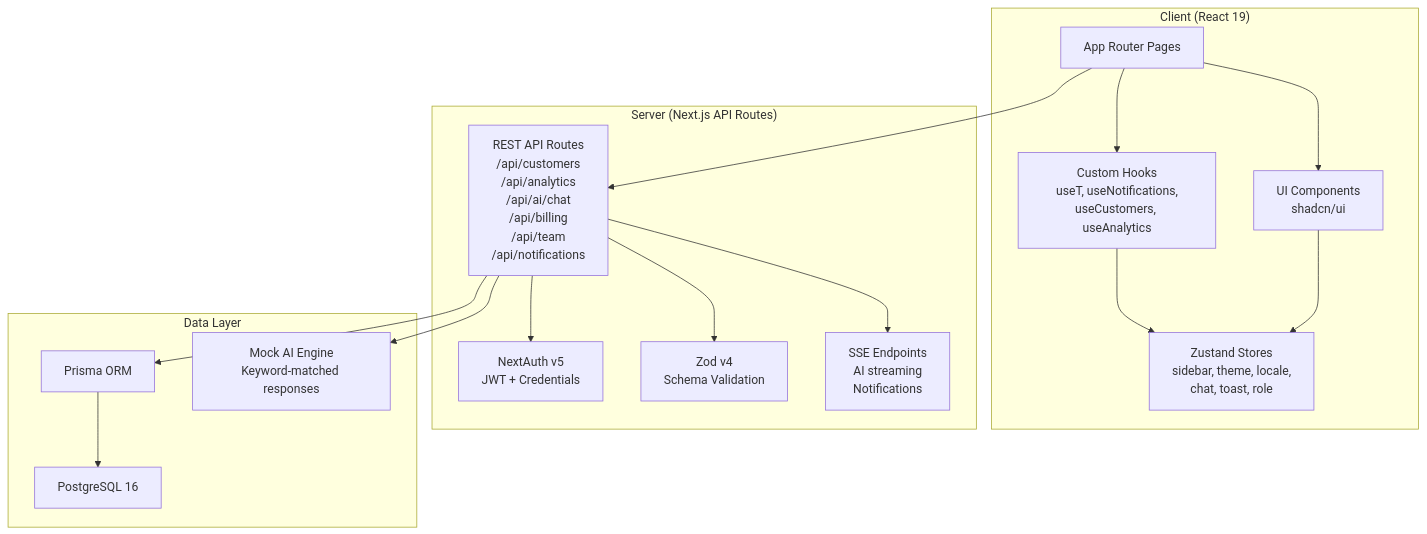
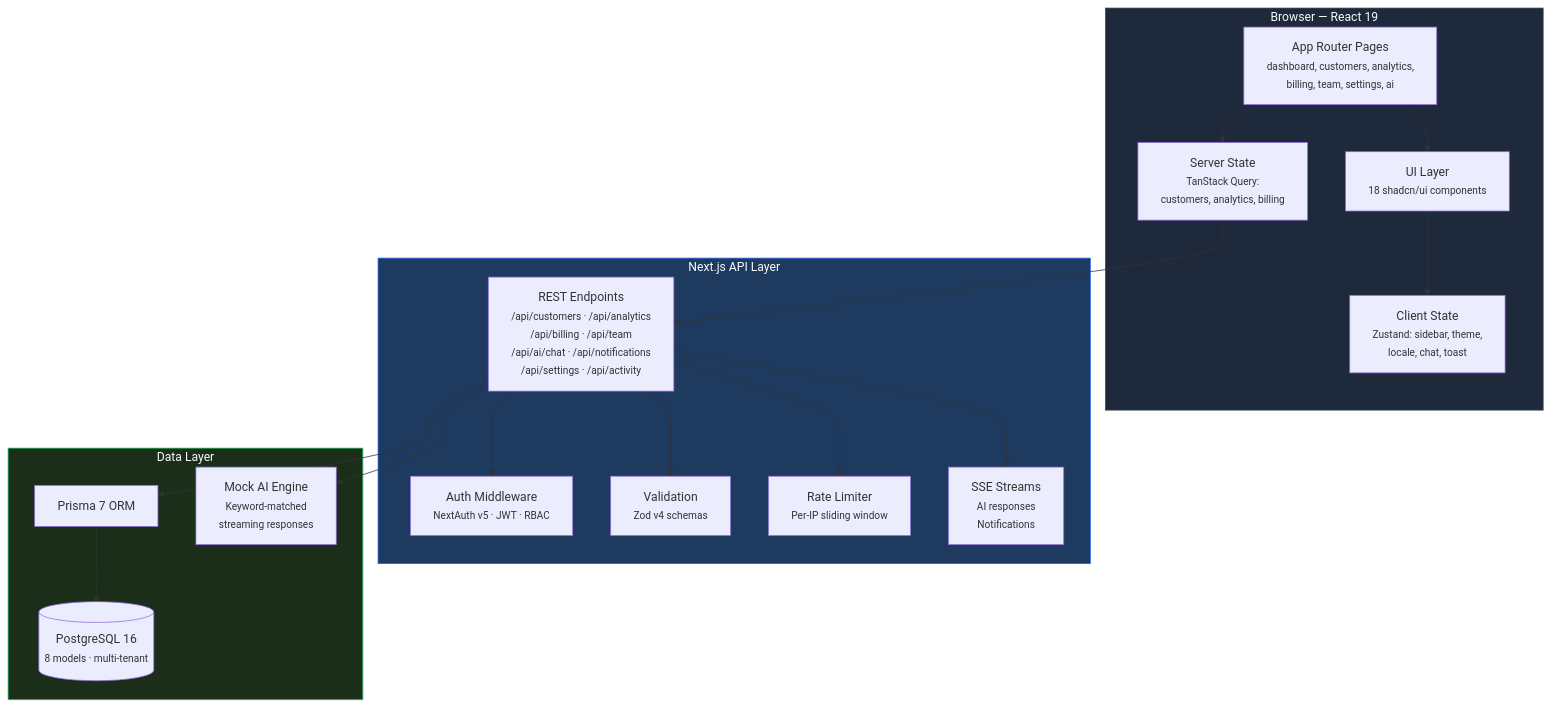
One commit to mer-prog/nexus-ai changed the first of 2 diagrams in README.md. Above: the diagram before and after it, drawn with Mermaid. The commit also changed other lines of this file and 1 other file, not shown here.

````diff
--- a/README.md
+++ b/README.md
@@ -45,34 +81,39 @@
 ```mermaid
 graph TB
-    subgraph Client["Client (React 19)"]
-        Pages["App Router Pages"]
-        Components["UI Components<br/>shadcn/ui"]
-        Stores["Zustand Stores<br/>sidebar, theme, locale,<br/>chat, toast, role"]
-        Hooks["Custom Hooks<br/>useT, useNotifications,<br/>useCustomers, useAnalytics"]
+    subgraph Client["Browser — React 19"]
+        Pages["App Router Pages<br/><small>dashboard, customers, analytics,<br/>billing, team, settings, ai</small>"]
+        UI["UI Layer<br/><small>18 shadcn/ui components</small>"]
+        State["Client State<br/><small>Zustand: sidebar, theme,<br/>locale, chat, toast</small>"]
+        ServerState["Server State<br/><small>TanStack Query:<br/>customers, analytics, billing</small>"]
     end
 
-    subgraph Server["Server (Next.js API Routes)"]
-        APIRoutes["REST API Routes<br/>/api/customers<br/>/api/analytics<br/>/api/ai/chat<br/>/api/billing<br/>/api/team<br/>/api/notifications"]
-        Auth["NextAuth v5<br/>JWT + Credentials"]
-        Validation["Zod v4<br/>Schema Validation"]
-        SSE["SSE Endpoints<br/>AI streaming<br/>Notifications"]
+    subgraph API["Next.js API Layer"]
+        Routes["REST Endpoints<br/><small>/api/customers · /api/analytics<br/>/api/billing · /api/team<br/>/api/ai/chat · /api/notifications<br/>/api/settings · /api/activity</small>"]
+        Auth["Auth Middleware<br/><small>NextAuth v5 · JWT · RBAC</small>"]
+        Validate["Validation<br/><small>Zod v4 schemas</small>"]
+        RateLimit["Rate Limiter<br/><small>Per-IP sliding window</small>"]
+        SSE["SSE Streams<br/><small>AI responses<br/>Notifications</small>"]
     end
 
     subgraph Data["Data Layer"]
-        Prisma["Prisma ORM"]
-        PostgreSQL["PostgreSQL 16"]
-        MockAI["Mock AI Engine<br/>Keyword-matched responses"]
+        ORM["Prisma 7 ORM"]
+        DB[("PostgreSQL 16<br/><small>8 models · multi-tenant</small>")]
+        MockAI["Mock AI Engine<br/><small>Keyword-matched<br/>streaming responses</small>"]
     end
 
-    Pages --> Components
-    Pages --> Hooks
-    Hooks --> Stores
-    Components --> Stores
-    Pages --> APIRoutes
-    APIRoutes --> Auth
-    APIRoutes --> Validation
-    APIRoutes --> Prisma
-    APIRoutes --> MockAI
-    APIRoutes --> SSE
-    Prisma --> PostgreSQL
+    Pages --> UI
+    Pages --> ServerState
+    UI --> State
+    ServerState --> Routes
+    Routes --> Auth
+    Routes --> Validate
+    Routes --> RateLimit
+    Routes --> ORM
+    Routes --> MockAI
+    Routes --> SSE
+    ORM --> DB
+
+    style Client fill:#1e293b,stroke:#334155,color:#f8fafc
+    style API fill:#1e3a5f,stroke:#2563eb,color:#f8fafc
+    style Data fill:#1a2e1a,stroke:#22c55e,color:#f8fafc
 ```
````
